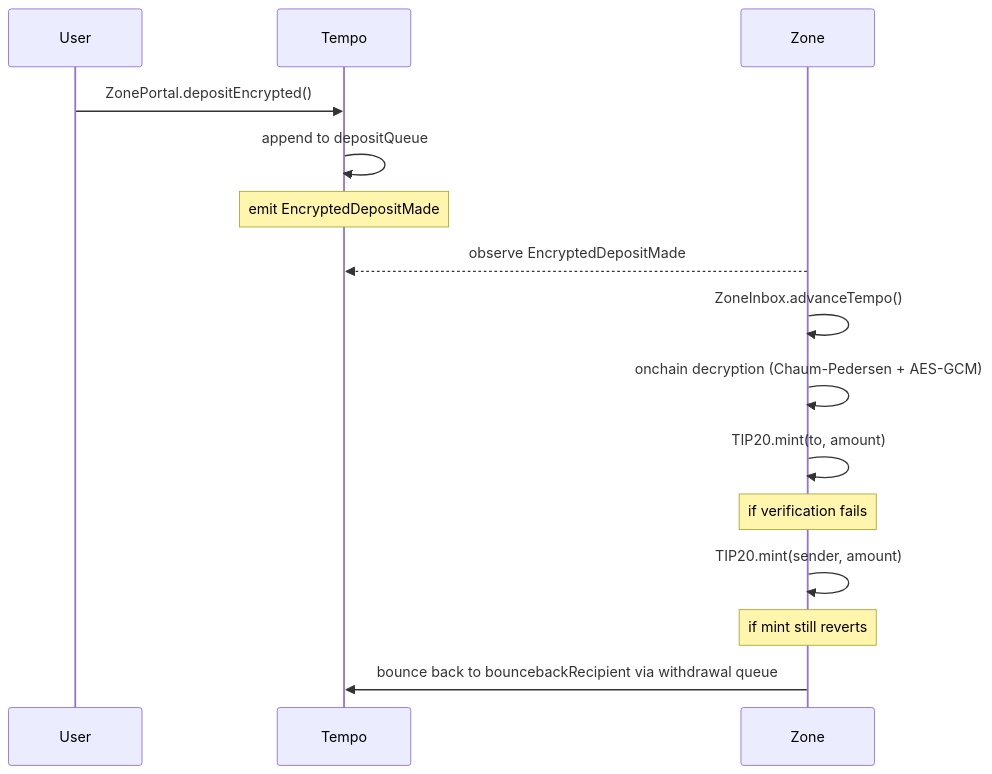
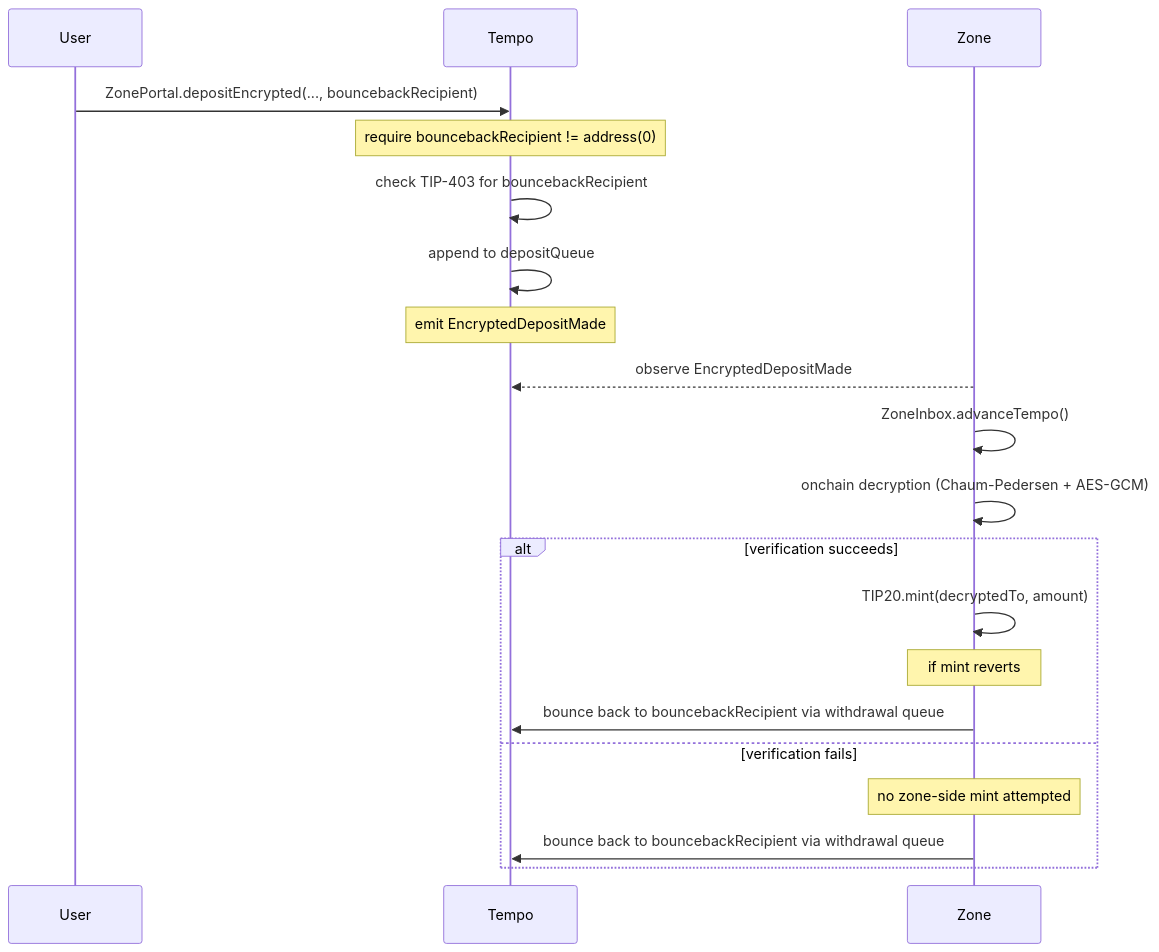
Before and after one commit to tempoxyz/zones: the third of 5 diagrams in specs/spec.md, drawn with Mermaid. The commit also changed other lines of this file, not shown here.

First line of the commit message:
docs(spec): encrypted deposits bounce back immediately, no sender-fallback

````diff
--- a/specs/spec.md
+++ b/specs/spec.md
@@ -370,18 +371,23 @@
 ```mermaid
 sequenceDiagram
     participant U as User
     participant T as Tempo
     participant Z as Zone
 
-    U->>T: ZonePortal.depositEncrypted()
+    U->>T: ZonePortal.depositEncrypted(..., bouncebackRecipient)
+    Note over T: require bouncebackRecipient != address(0)
+    T->>T: check TIP-403 for bouncebackRecipient
     T->>T: append to depositQueue
     Note over T: emit EncryptedDepositMade
     Z-->>T: observe EncryptedDepositMade
     Z->>Z: ZoneInbox.advanceTempo()
     Z->>Z: onchain decryption (Chaum-Pedersen + AES-GCM)
-    Z->>Z: TIP20.mint(to, amount)
-    Note over Z: if verification fails
-    Z->>Z: TIP20.mint(sender, amount)
-    Note over Z: if mint still reverts
-    Z->>T: bounce back to bouncebackRecipient via withdrawal queue
+    alt verification succeeds
+        Z->>Z: TIP20.mint(decryptedTo, amount)
+        Note over Z: if mint reverts
+        Z->>T: bounce back to bouncebackRecipient via withdrawal queue
+    else verification fails
+        Note over Z: no zone-side mint attempted
+        Z->>T: bounce back to bouncebackRecipient via withdrawal queue
+    end
 ```
````
